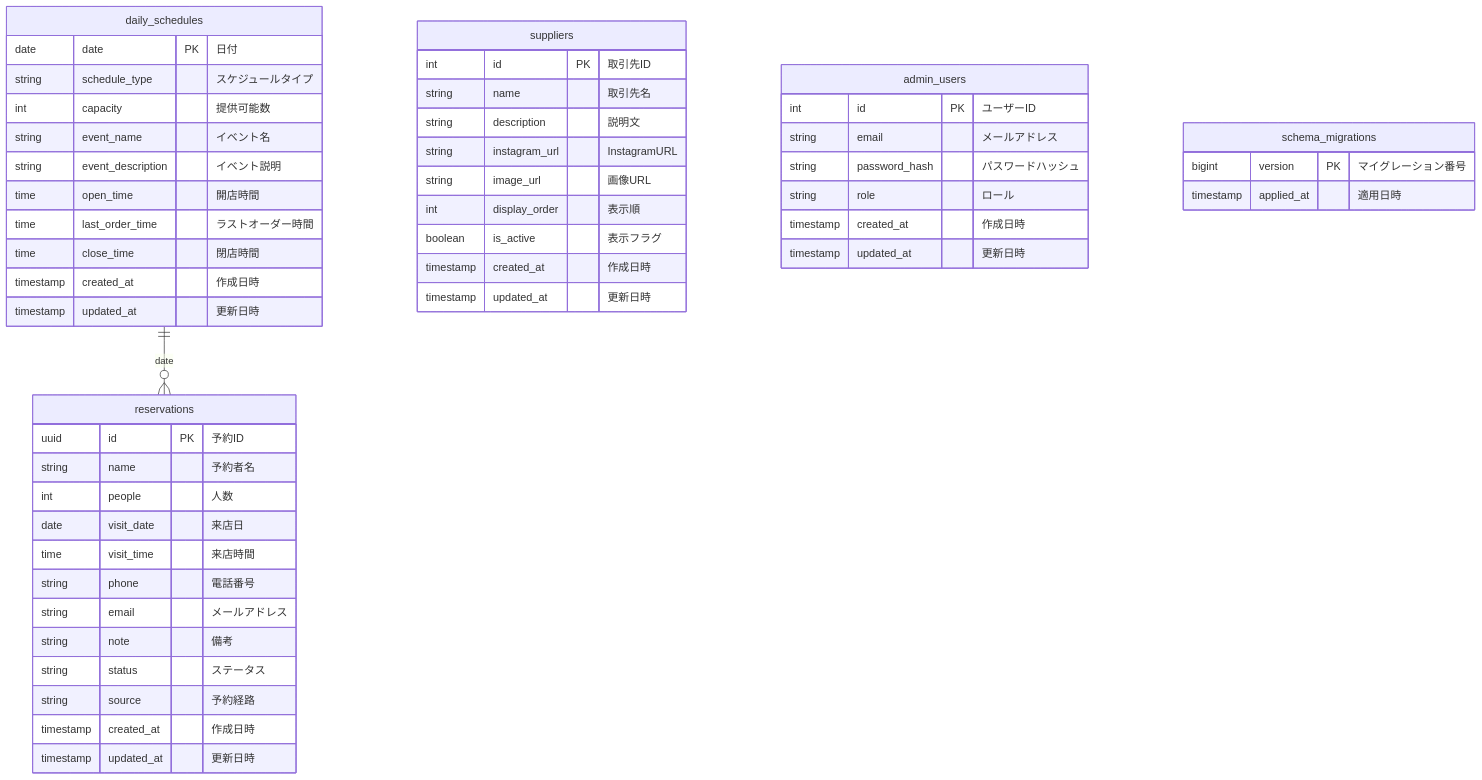
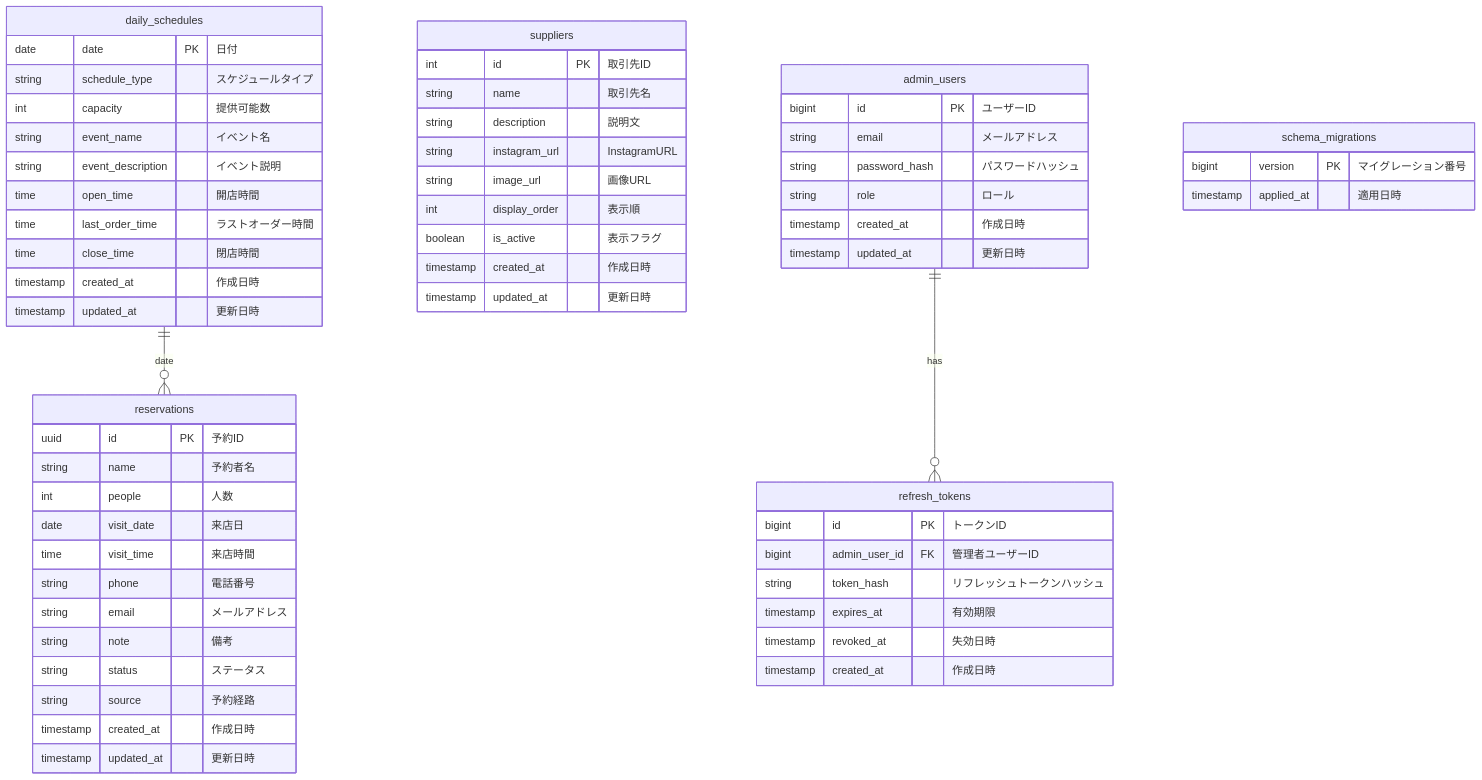
Before and after one commit to cergijame101007/satehits: the first of 2 diagrams in docs/table_design.md, drawn with Mermaid. The commit also changed other lines of this file and 40 other files, not shown here.

````diff
--- a/docs/table_design.md
+++ b/docs/table_design.md
@@ -5,58 +5,68 @@
 ```mermaid
 erDiagram
     reservations {
         uuid id PK "予約ID"
         string name "予約者名"
         int people "人数"
         date visit_date "来店日"
         time visit_time "来店時間"
         string phone "電話番号"
         string email "メールアドレス"
         string note "備考"
         string status "ステータス"
         string source "予約経路"
         timestamp created_at "作成日時"
         timestamp updated_at "更新日時"
     }
 
     daily_schedules {
         date date PK "日付"
         string schedule_type "スケジュールタイプ"
         int capacity "提供可能数"
         string event_name "イベント名"
         string event_description "イベント説明"
         time open_time "開店時間"
         time last_order_time "ラストオーダー時間"
         time close_time "閉店時間"
         timestamp created_at "作成日時"
         timestamp updated_at "更新日時"
     }
 
     suppliers {
         int id PK "取引先ID"
         string name "取引先名"
         string description "説明文"
         string instagram_url "InstagramURL"
         string image_url "画像URL"
         int display_order "表示順"
         boolean is_active "表示フラグ"
         timestamp created_at "作成日時"
         timestamp updated_at "更新日時"
     }
 
     admin_users {
-        int id PK "ユーザーID"
+        bigint id PK "ユーザーID"
         string email "メールアドレス"
         string password_hash "パスワードハッシュ"
         string role "ロール"
         timestamp created_at "作成日時"
         timestamp updated_at "更新日時"
+    }
+
+    refresh_tokens {
+        bigint id PK "トークンID"
+        bigint admin_user_id FK "管理者ユーザーID"
+        string token_hash "リフレッシュトークンハッシュ"
+        timestamp expires_at "有効期限"
+        timestamp revoked_at "失効日時"
+        timestamp created_at "作成日時"
     }
 
     schema_migrations {
         bigint version PK "マイグレーション番号"
         timestamp applied_at "適用日時"
     }
 
     daily_schedules ||--o{ reservations : "date"
+    admin_users ||--o{ refresh_tokens : "has"
 ```
````
